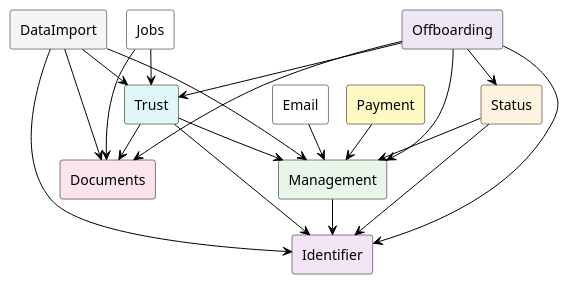
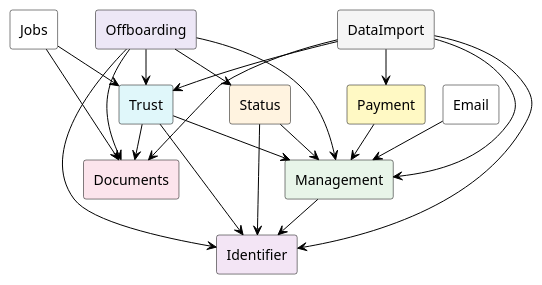
The diagram in docs/models/core-business-modules.puml (swiyu-admin-ch/swiyu-core-business-service), drawn with PlantUML before and after one commit. The commit also changed 37 other files, not shown here.

```diff
--- a/docs/models/core-business-modules.puml
+++ b/docs/models/core-business-modules.puml
@@ -1,57 +1,58 @@
 @startuml module-dependencies
 
 !pragma layout smetana
 
 skinparam componentStyle rectangle
 skinparam ComponentBackgroundColor White
 skinparam ComponentBorderColor Black
 skinparam ArrowColor Black
 skinparam defaultFontName Arial
 
 ' ========================
 ' MODULES
 ' ========================
 
 component "Jobs" as jobs
 component "Email" as email
 component "Management" as management #E8F5E9
 component "Status" as status #FFF3E0
 component "Identifier" as identifier #F3E5F5
 component "Documents" as documents #FCE4EC
 component "Trust" as trust #E0F7FA
 component "DataImport" as dataimport #F5F5F5
 component "Offboarding" as offboarding #EDE7F6
 component "Payment" as payment #FFF9C4
 
 ' ========================
 ' DEPENDENCIES
 ' ========================
 
 management --> identifier
 
 status --> identifier
 status --> management
 
 trust --> management
 trust --> identifier
 trust --> documents
 
 dataimport --> documents
 dataimport --> identifier
 dataimport --> management
 dataimport --> trust
+dataimport --> payment
 
 jobs --> documents
 jobs --> trust
 
 email --> management
 
 offboarding --> management
 offboarding --> status
 offboarding --> identifier
 offboarding --> documents
 offboarding --> trust
 
 payment --> management
 
 @enduml
```
